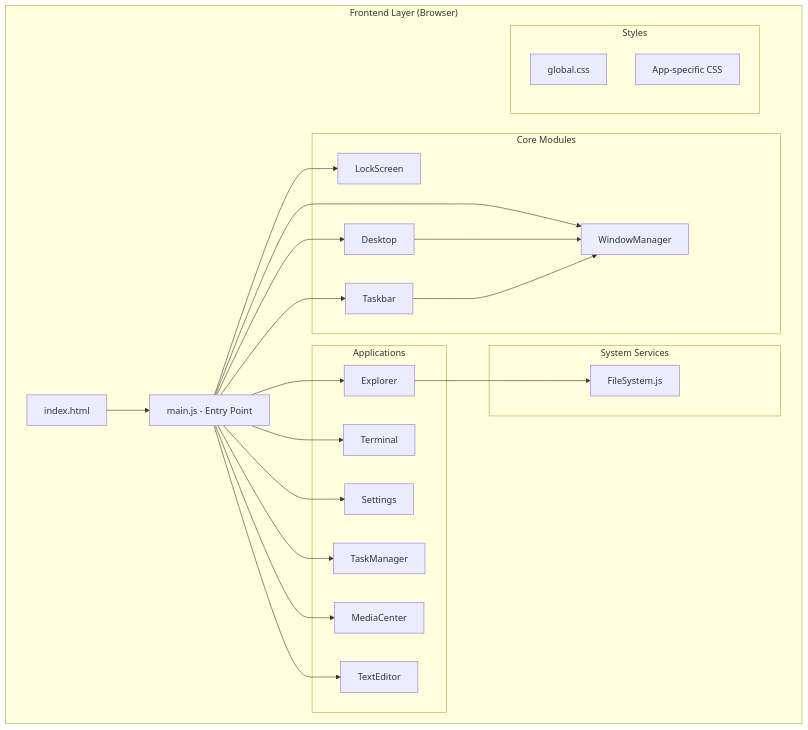
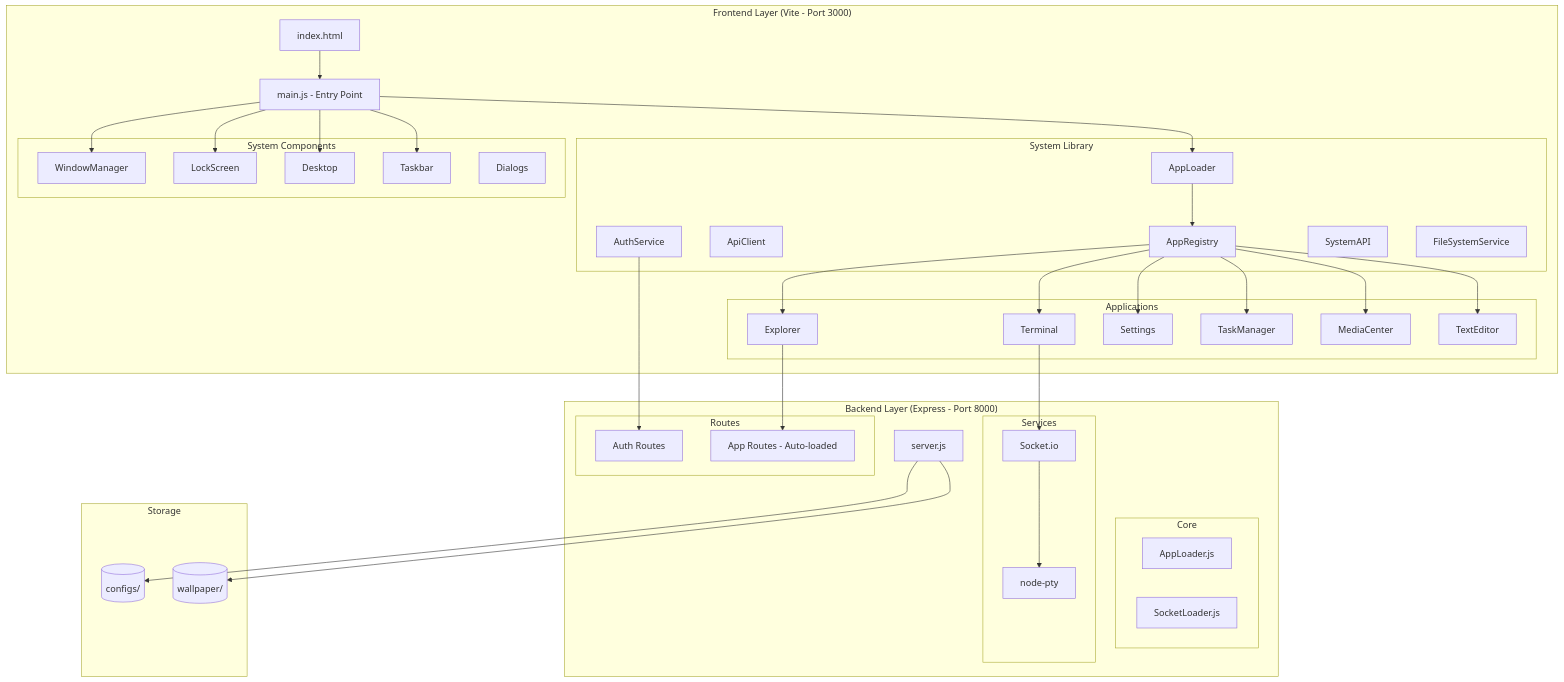
Before and after one commit to Damarcreative/LUI: the first of 5 diagrams in Technical_Analysis.md, drawn with Mermaid. The commit also changed other lines of this file, not shown here.

````diff
--- a/Technical_Analysis.md
+++ b/Technical_Analysis.md
@@ -35,39 +40,68 @@
 ```mermaid
 graph TB
-    subgraph "Frontend Layer (Browser)"
+    subgraph "Frontend Layer (Vite - Port 3000)"
         HTML[index.html]
         MAIN[main.js - Entry Point]
         
-        subgraph "Core Modules"
+        subgraph "System Components"
             WM[WindowManager]
             LS[LockScreen]
             DT[Desktop]
             TB[Taskbar]
+            DLG[Dialogs]
+        end
+        
+        subgraph "System Library"
+            AUTH[AuthService]
+            API[ApiClient]
+            AREG[AppRegistry]
+            ALDR[AppLoader]
+            SAPI[SystemAPI]
+            FSS[FileSystemService]
         end
         
         subgraph "Applications"
             EXP[Explorer]
             TRM[Terminal]
             SET[Settings]
             TM[TaskManager]
             MC[MediaCenter]
             TE[TextEditor]
         end
+    end
+    
+    subgraph "Backend Layer (Express - Port 8000)"
+        SRV[server.js]
         
-        subgraph "System Services"
-            FS[FileSystem.js]
+        subgraph "Core"
+            APLDR[AppLoader.js]
+            SKLDR[SocketLoader.js]
         end
         
-        subgraph "Styles"
-            CSS[global.css]
-            ACSS[App-specific CSS]
+        subgraph "Routes"
+            AUTHRT[Auth Routes]
+            APPRT[App Routes - Auto-loaded]
         end
+        
+        subgraph "Services"
+            PTY[node-pty]
+            SIO[Socket.io]
+        end
+    end
+    
+    subgraph "Storage"
+        CFG[(configs/)]
+        WP[(wallpaper/)]
     end
     
     HTML --> MAIN
     MAIN --> WM & LS & DT & TB
-    MAIN --> EXP & TRM & SET & TM & MC & TE
-    EXP --> FS
-    DT --> WM
-    TB --> WM
+    MAIN --> ALDR --> AREG
+    AREG --> EXP & TRM & SET & TM & MC & TE
+    
+    AUTH --> AUTHRT
+    TRM --> SIO --> PTY
+    EXP --> APPRT
+    
+    SRV --> CFG & WP
 ```
````
